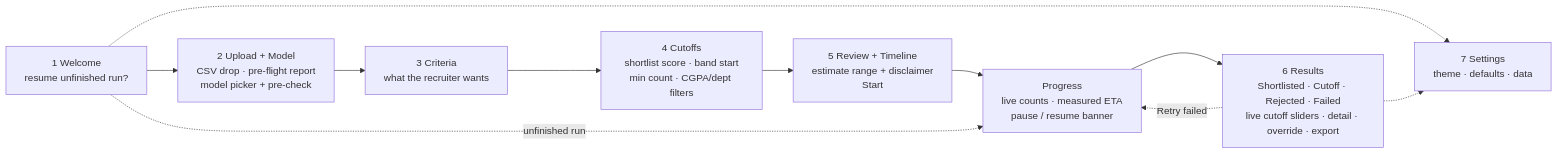
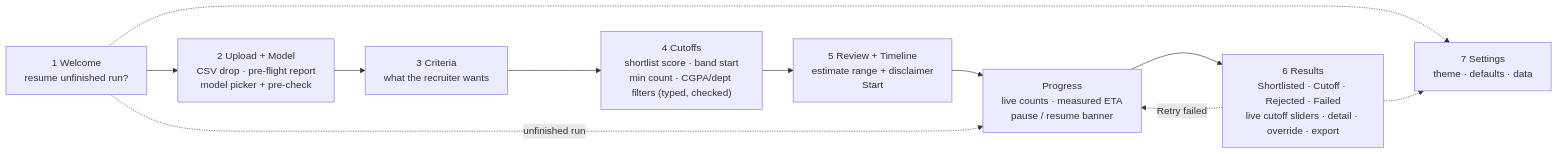
One commit to Aryan27-max/Atlas changed diagram 13 of 14 in ARCHITECTURE.md. Above: the diagram before and after it, drawn with Mermaid. The commit also changed other lines of this file and 3 other files, not shown here.

First line of the commit message:
docs: Atlas 0.3.0 in the README, INSTALL and ARCHITECTURE

````diff
--- a/ARCHITECTURE.md
+++ b/ARCHITECTURE.md
@@ -863,17 +865,17 @@
 ```mermaid
 flowchart LR
     w["1 Welcome<br/>resume unfinished run?"]
     u["2 Upload + Model<br/>CSV drop · pre-flight report<br/>model picker + pre-check"]
     c["3 Criteria<br/>what the recruiter wants"]
-    k["4 Cutoffs<br/>shortlist score · band start<br/>min count · CGPA/dept filters"]
+    k["4 Cutoffs<br/>shortlist score · band start<br/>min count · CGPA/dept filters (typed, checked)"]
     t["5 Review + Timeline<br/>estimate range + disclaimer<br/>Start"]
     p["Progress<br/>live counts · measured ETA<br/>pause / resume banner"]
     r["6 Results<br/>Shortlisted · Cutoff · Rejected · Failed<br/>live cutoff sliders · detail · override · export"]
     s["7 Settings<br/>theme · defaults · data"]
 
     w --> u --> c --> k --> t --> p --> r
     w -. "unfinished run" .-> p
     r -. "Retry failed" .-> p
     w -.-> s
     r -.-> s
 ```
````
